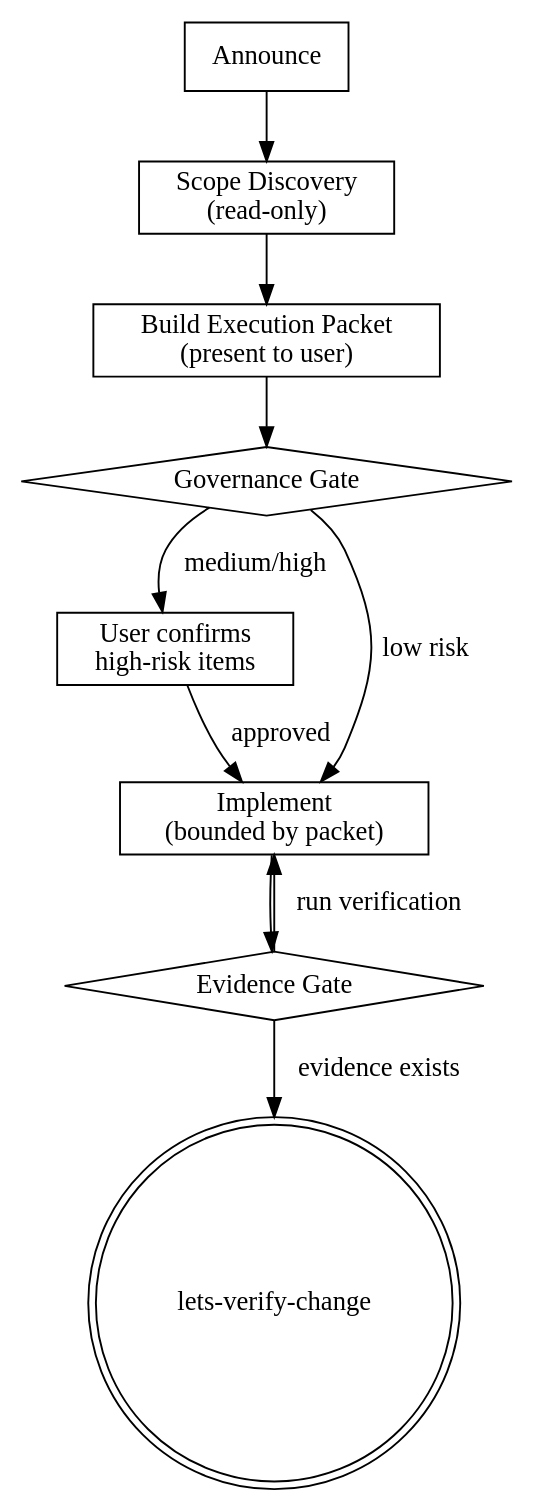
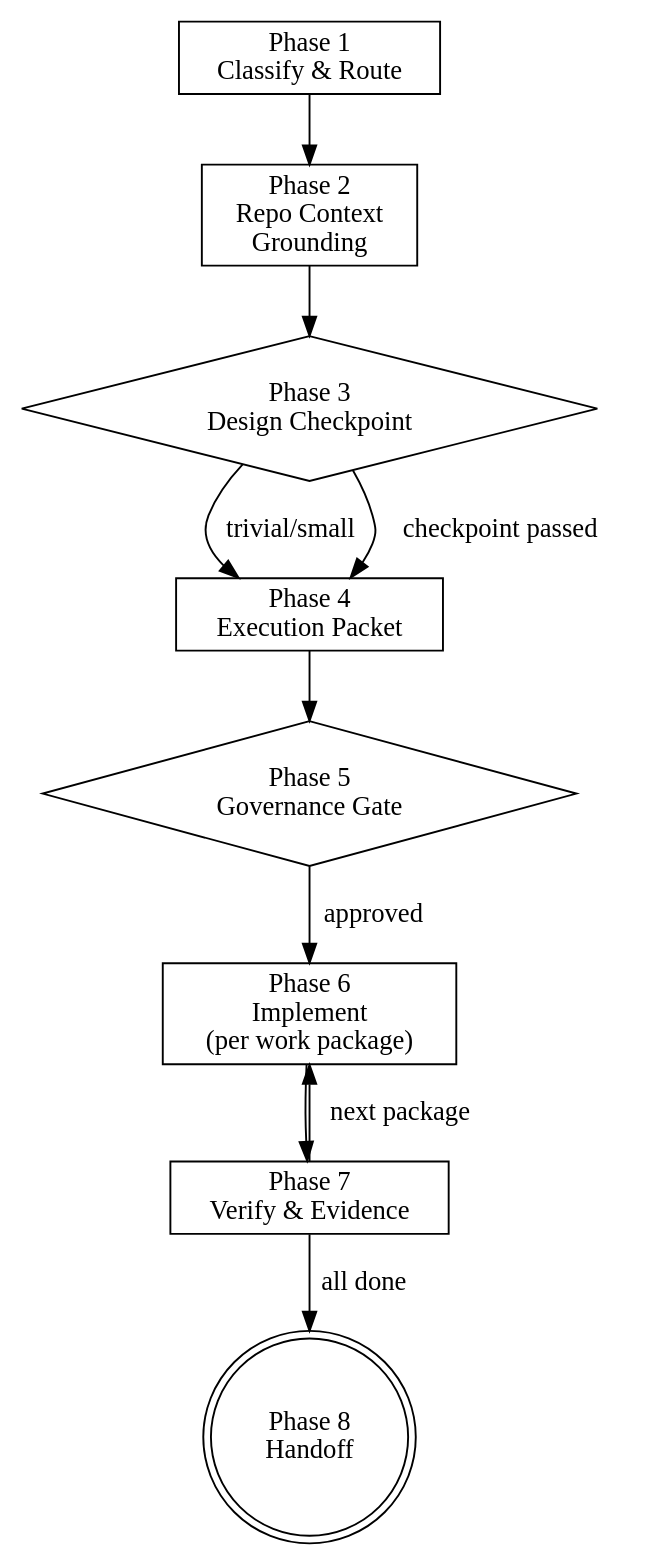
One commit to letsbe10x/skill-hub changed the diagram in lets-develop-feature/SKILL.md. Above: the diagram before and after it, drawn with Graphviz. The commit also changed other lines of this file and 12 other files, not shown here.

````diff
--- a/lets-develop-feature/SKILL.md
+++ b/lets-develop-feature/SKILL.md
@@ -59,22 +78,24 @@
 ```dot
 digraph develop_feature {
-  Announce [shape=box];
-  ScopeDiscovery [label="Scope Discovery\n(read-only)" shape=box];
-  ExecutionPacket [label="Build Execution Packet\n(present to user)" shape=box];
-  GovernanceGate [label="Governance Gate" shape=diamond];
-  UserConfirm [label="User confirms\nhigh-risk items" shape=box];
-  Implement [label="Implement\n(bounded by packet)" shape=box];
-  EvidenceGate [label="Evidence Gate" shape=diamond];
-  Handoff [label="lets-verify-change" shape=doublecircle];
+  rankdir=TB;
 
-  Announce -> ScopeDiscovery;
-  ScopeDiscovery -> ExecutionPacket;
-  ExecutionPacket -> GovernanceGate;
-  GovernanceGate -> Implement [label="low risk"];
-  GovernanceGate -> UserConfirm [label="medium/high"];
-  UserConfirm -> Implement [label="approved"];
-  Implement -> EvidenceGate;
-  EvidenceGate -> Handoff [label="evidence exists"];
-  EvidenceGate -> Implement [label="run verification"];
+  Classify [label="Phase 1\nClassify & Route" shape=box];
+  Context [label="Phase 2\nRepo Context\nGrounding" shape=box];
+  Design [label="Phase 3\nDesign Checkpoint" shape=diamond];
+  Packet [label="Phase 4\nExecution Packet" shape=box];
+  Governance [label="Phase 5\nGovernance Gate" shape=diamond];
+  Implement [label="Phase 6\nImplement\n(per work package)" shape=box];
+  Verify [label="Phase 7\nVerify & Evidence" shape=box];
+  Handoff [label="Phase 8\nHandoff" shape=doublecircle];
+
+  Classify -> Context;
+  Context -> Design;
+  Design -> Packet [label="trivial/small"];
+  Design -> Packet [label="checkpoint passed"];
+  Packet -> Governance;
+  Governance -> Implement [label="approved"];
+  Implement -> Verify;
+  Verify -> Implement [label="next package"];
+  Verify -> Handoff [label="all done"];
 }
 ```
````
